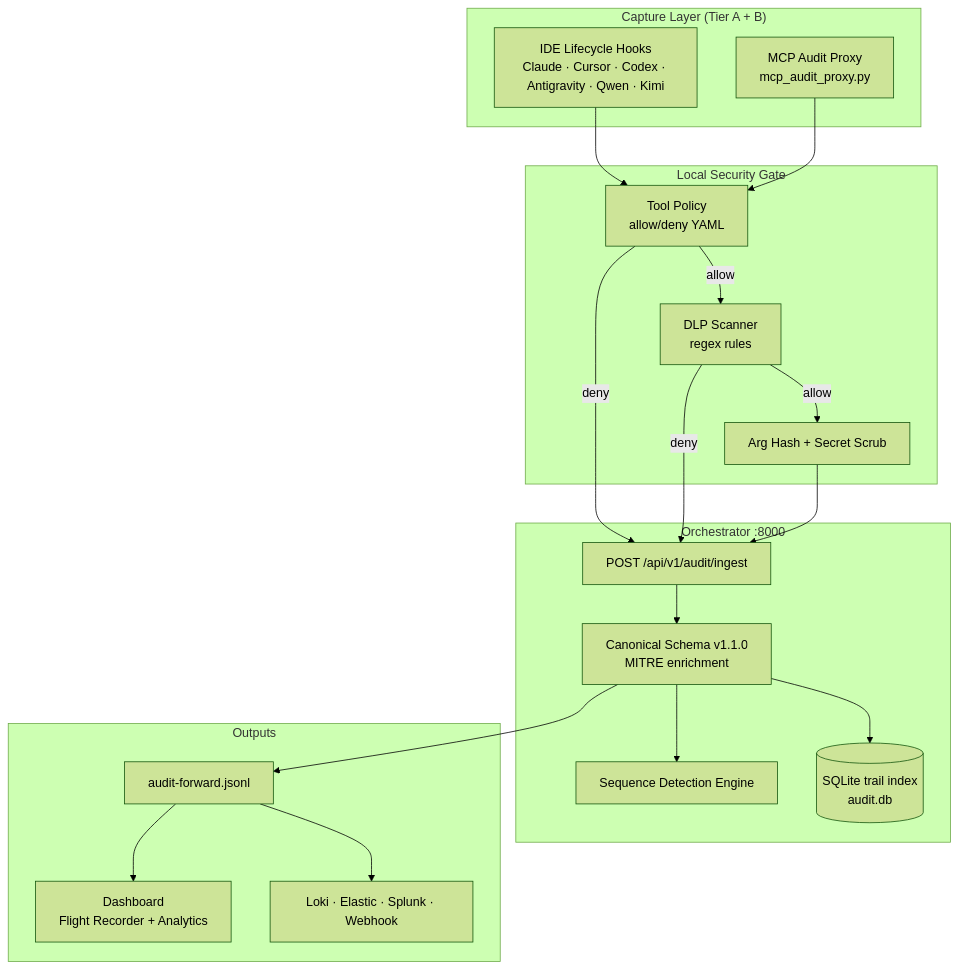
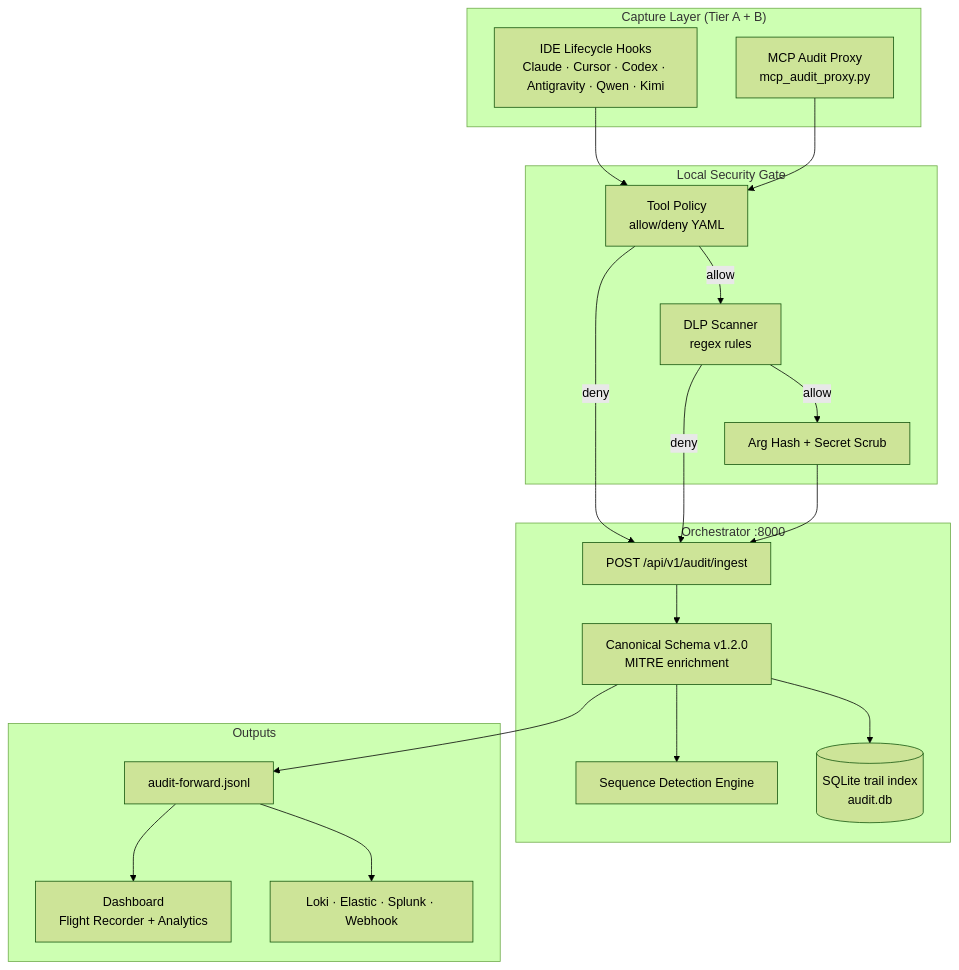
The first of 3 diagrams in README.md (blitzcrieg1/agentmetry), drawn with Mermaid (forest theme) before and after one commit. The commit also changed other lines of this file, not shown here.

First line of the commit message:
docs(readme): state the MITRE coverage in numbers, and stop overstating it

````diff
--- a/README.md
+++ b/README.md
@@ -281,40 +281,40 @@
 ```mermaid
 flowchart TB
   subgraph Capture["Capture Layer (Tier A + B)"]
     HOOKS["IDE Lifecycle Hooks<br/>Claude · Cursor · Codex · Antigravity · Qwen · Kimi"]
     PROXY["MCP Audit Proxy<br/>mcp_audit_proxy.py"]
   end
 
   subgraph Gate["Local Security Gate"]
     POLICY["Tool Policy<br/>allow/deny YAML"]
     DLP["DLP Scanner<br/>regex rules"]
     HASH["Arg Hash + Secret Scrub"]
   end
 
   subgraph Core["Orchestrator :8000"]
     INGEST["POST /api/v1/audit/ingest"]
-    CANON["Canonical Schema v1.1.0<br/>MITRE enrichment"]
+    CANON["Canonical Schema v1.2.0<br/>MITRE enrichment"]
     DETECT["Sequence Detection Engine"]
     TRAILDB[("SQLite trail index<br/>audit.db")]
   end
 
   subgraph Output["Outputs"]
     JSONL["audit-forward.jsonl"]
     DASH["Dashboard<br/>Flight Recorder + Analytics"]
     SIEM["Loki · Elastic · Splunk · Webhook"]
   end
 
   HOOKS --> POLICY
   PROXY --> POLICY
   POLICY -->|allow| DLP
   POLICY -->|deny| INGEST
   DLP -->|allow| HASH
   DLP -->|deny| INGEST
   HASH --> INGEST
   INGEST --> CANON
   CANON --> TRAILDB
   CANON --> JSONL
   CANON --> DETECT
   JSONL --> DASH
   JSONL --> SIEM
 ```
````
